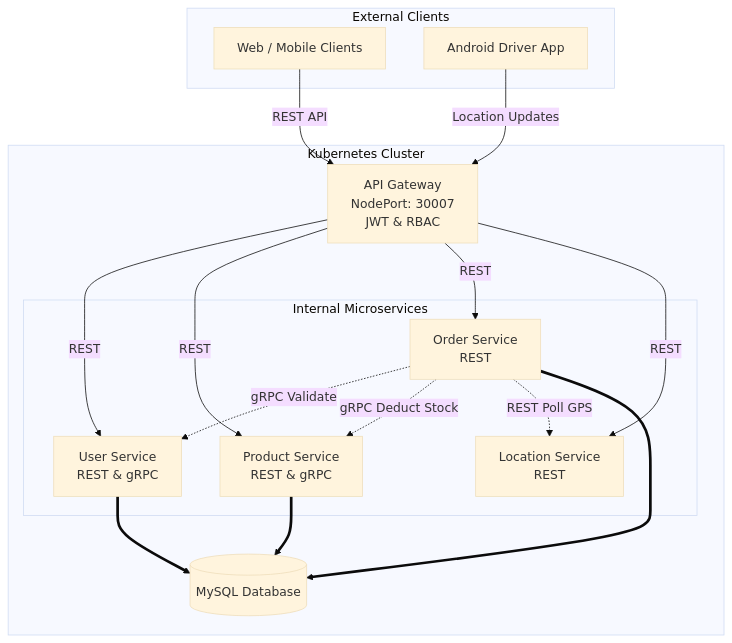
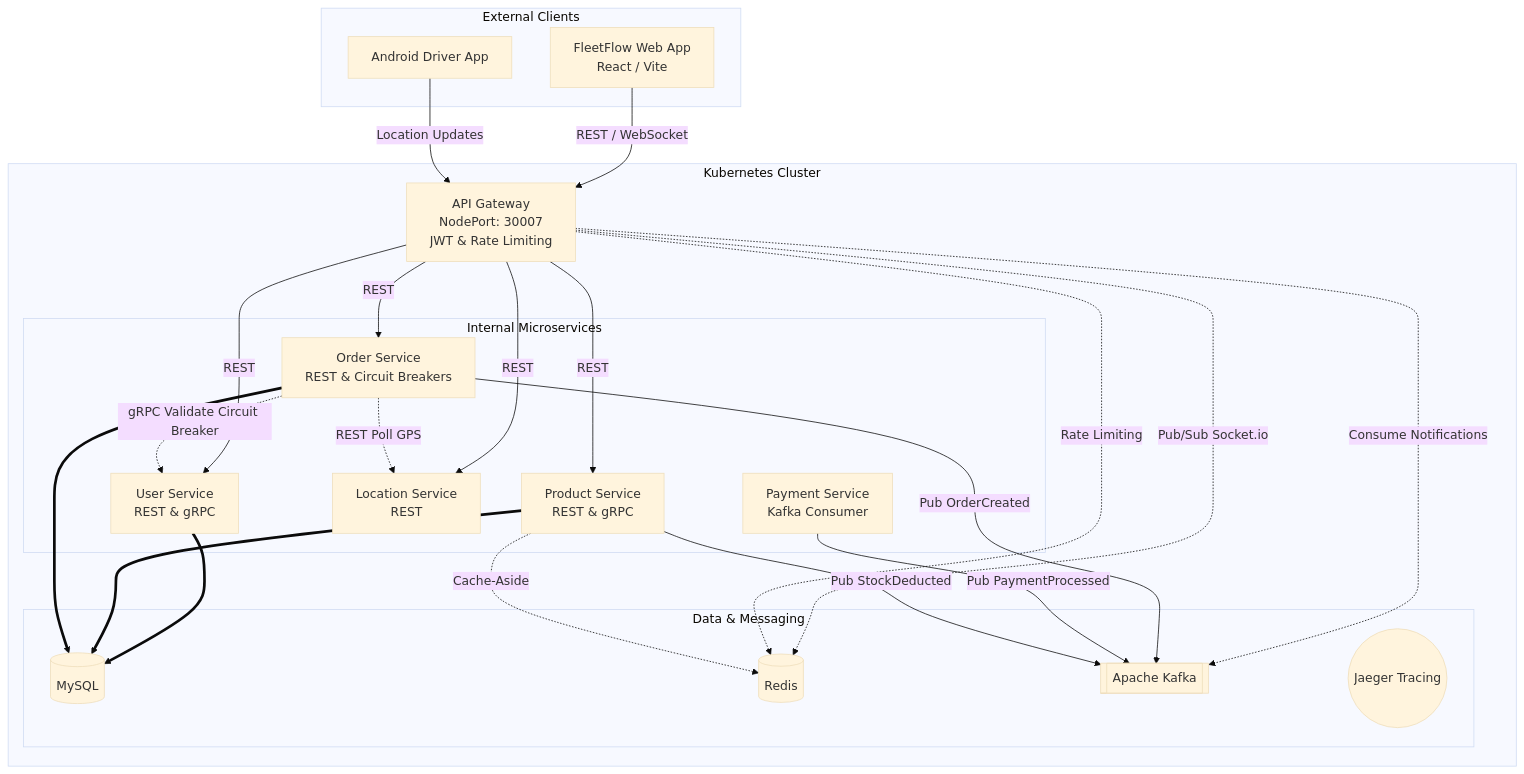
One commit to Buddha-11/FleetFlow changed the diagram in README.md. Above: the diagram before and after it, drawn with Mermaid (base theme). The commit also changed other lines of this file, not shown here.

Commit message:
docs: update README and architecture diagram with new features

````diff
--- a/README.md
+++ b/README.md
@@ -11,36 +11,50 @@
 ```mermaid
 flowchart TB
     subgraph External [External Clients]
-        Web[Web / Mobile Clients]
+        Web[FleetFlow Web App<br>React / Vite]
         Driver[Android Driver App]
     end
 
     subgraph Cluster [Kubernetes Cluster]
-        Gateway[API Gateway<br>NodePort: 30007<br>JWT & RBAC]
+        Gateway[API Gateway<br>NodePort: 30007<br>JWT & Rate Limiting]
         
         subgraph Services [Internal Microservices]
             User[User Service<br>REST & gRPC]
             Product[Product Service<br>REST & gRPC]
-            Order[Order Service<br>REST]
+            Order[Order Service<br>REST & Circuit Breakers]
             Location[Location Service<br>REST]
+            Payment[Payment Service<br>Kafka Consumer]
         end
         
-        DB[(MySQL Database)]
+        subgraph Infrastructure [Data & Messaging]
+            DB[(MySQL)]
+            Cache[(Redis)]
+            Broker[[Apache Kafka]]
+            Tracing((Jaeger Tracing))
+        end
     end
 
-    Web -- REST API --> Gateway
-    Driver -- Location Updates --> Gateway
+    Web -->|REST / WebSocket| Gateway
+    Driver -->|Location Updates| Gateway
 
-    Gateway -- REST --> User
-    Gateway -- REST --> Product
-    Gateway -- REST --> Order
-    Gateway -- REST --> Location
+    Gateway -->|REST| User
+    Gateway -->|REST| Product
+    Gateway -->|REST| Order
+    Gateway -->|REST| Location
 
-    Order -. gRPC Validate .-> User
-    Order -. gRPC Deduct Stock .-> Product
-    Order -. REST Poll GPS .-> Location
+    Gateway -.->|Pub/Sub Socket.io| Cache
+    Gateway -.->|Rate Limiting| Cache
+    Gateway -.->|Consume Notifications| Broker
+
+    Order -.->|gRPC Validate Circuit Breaker| User
+    Order -.->|REST Poll GPS| Location
+
+    Order -->|Pub OrderCreated| Broker
+    Payment -->|Pub PaymentProcessed| Broker
+    Product -->|Pub StockDeducted| Broker
+    Product -.->|Cache-Aside| Cache
 
     User ==> DB
     Product ==> DB
     Order ==> DB
 ```
````
